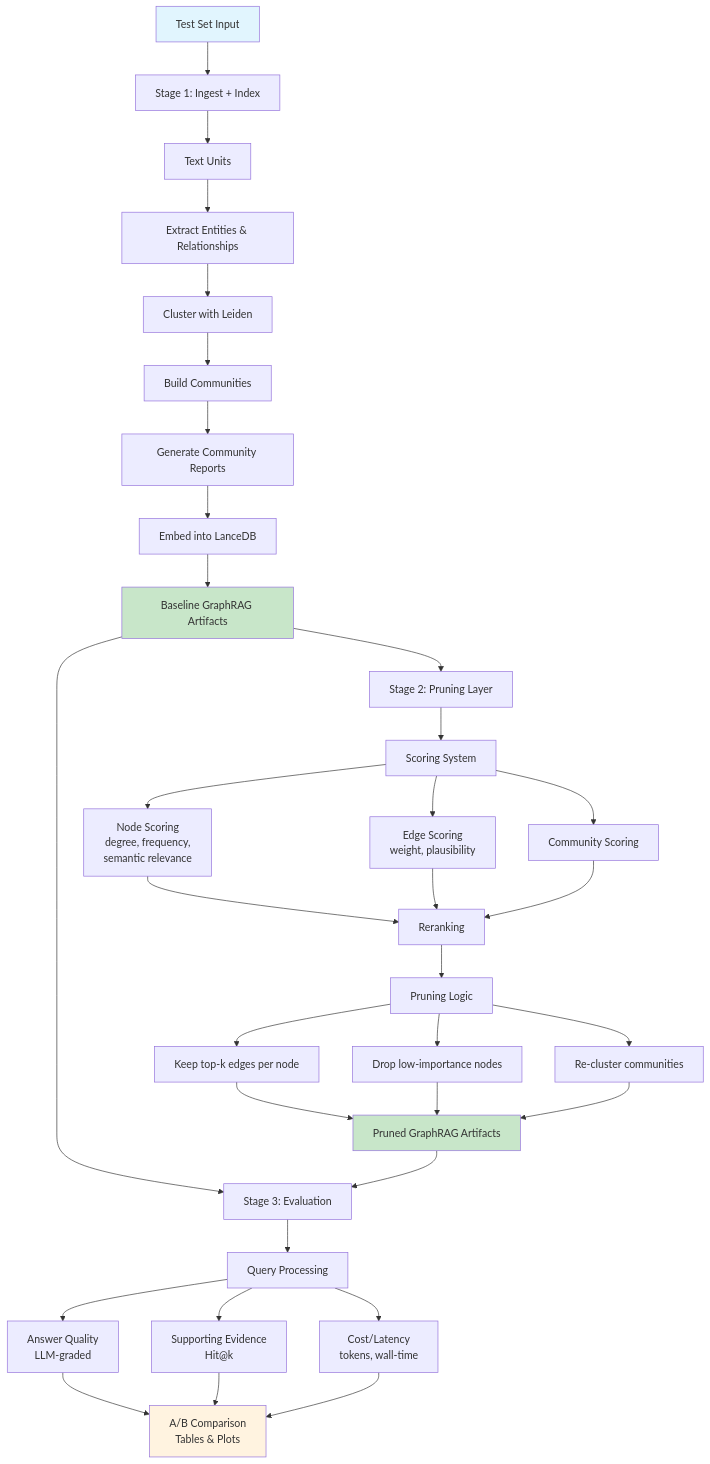
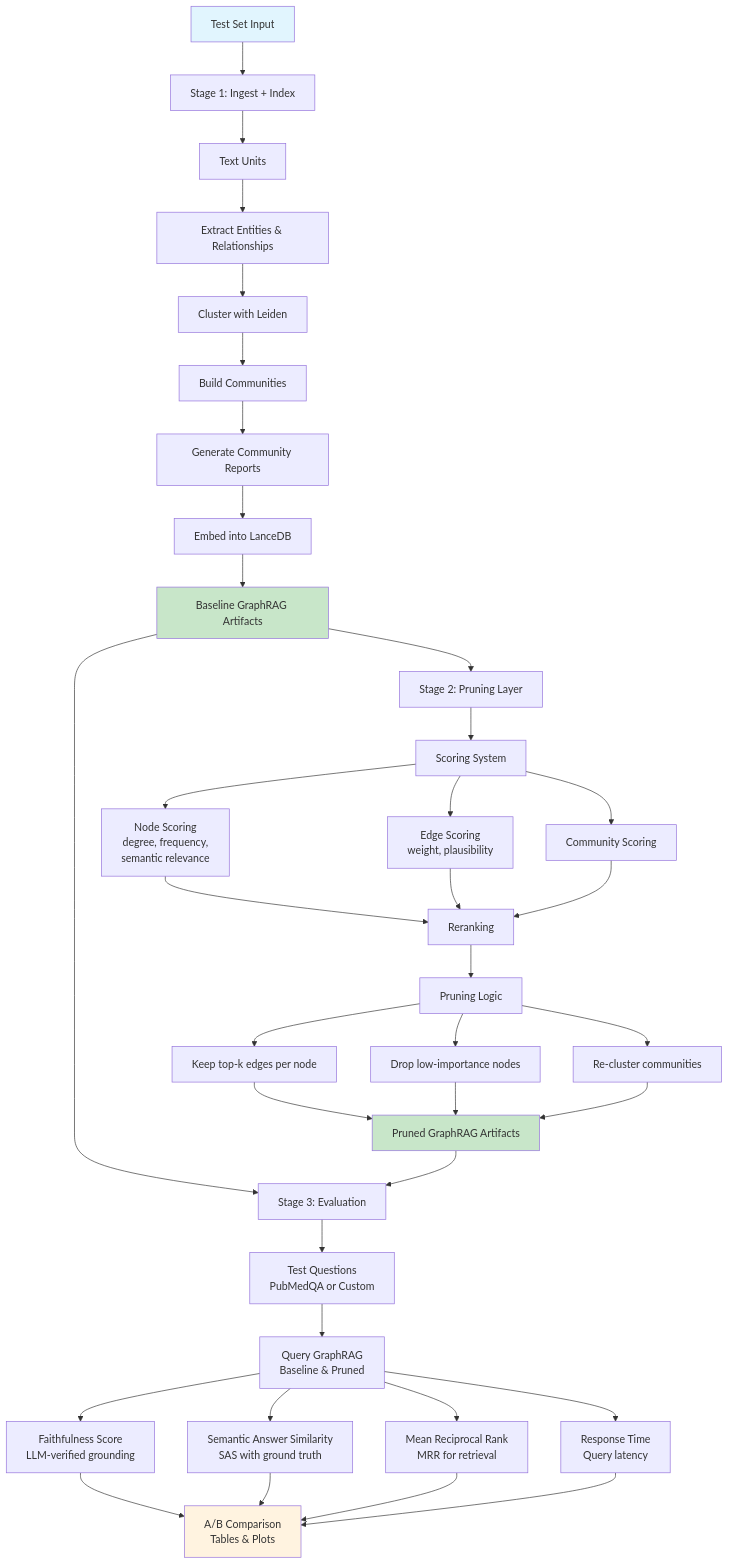
The diagram in README.md (AaronToh/graphrag), drawn with Mermaid before and after one commit. The commit also changed other lines of this file, not shown here.

Commit message:
Added flow to general readme

````diff
--- a/README.md
+++ b/README.md
@@ -8,40 +8,43 @@
 ```mermaid
 graph TD
     A[Test Set Input] --> B[Stage 1: Ingest + Index]
     B --> C[Text Units]
     C --> D[Extract Entities & Relationships]
     D --> E[Cluster with Leiden]
     E --> F[Build Communities]
     F --> G[Generate Community Reports]
     G --> H[Embed into LanceDB]
     H --> I[Baseline GraphRAG Artifacts]
     I --> J[Stage 2: Pruning Layer]
     J --> K[Scoring System]
     K --> L[Node Scoring<br/>degree, frequency,<br/>semantic relevance]
     K --> M[Edge Scoring<br/>weight, plausibility]
     K --> N[Community Scoring]
     L --> O[Reranking]
     M --> O
     N --> O
     O --> P[Pruning Logic]
     P --> Q[Keep top-k edges per node]
     P --> R[Drop low-importance nodes]
     P --> S[Re-cluster communities]
     Q --> T[Pruned GraphRAG Artifacts]
     R --> T
     S --> T
     I --> U[Stage 3: Evaluation]
     T --> U
-    U --> V[Query Processing]
-    V --> W[Answer Quality<br/>LLM-graded]
-    V --> X[Supporting Evidence<br/>Hit@k]
-    V --> Y[Cost/Latency<br/>tokens, wall-time]
-    W --> Z[A/B Comparison<br/>Tables & Plots]
-    X --> Z
-    Y --> Z
+    U --> V[Test Questions<br/>PubMedQA or Custom]
+    V --> W[Query GraphRAG<br/>Baseline & Pruned]
+    W --> X[Faithfulness Score<br/>LLM-verified grounding]
+    W --> Y[Semantic Answer Similarity<br/>SAS with ground truth]
+    W --> Z[Mean Reciprocal Rank<br/>MRR for retrieval]
+    W --> AA[Response Time<br/>Query latency]
+    X --> BB[A/B Comparison<br/>Tables & Plots]
+    Y --> BB
+    Z --> BB
+    AA --> BB
 
     style A fill:#e1f5fe
     style I fill:#c8e6c9
     style T fill:#c8e6c9
-    style Z fill:#fff3e0
+    style BB fill:#fff3e0
 ```
````
